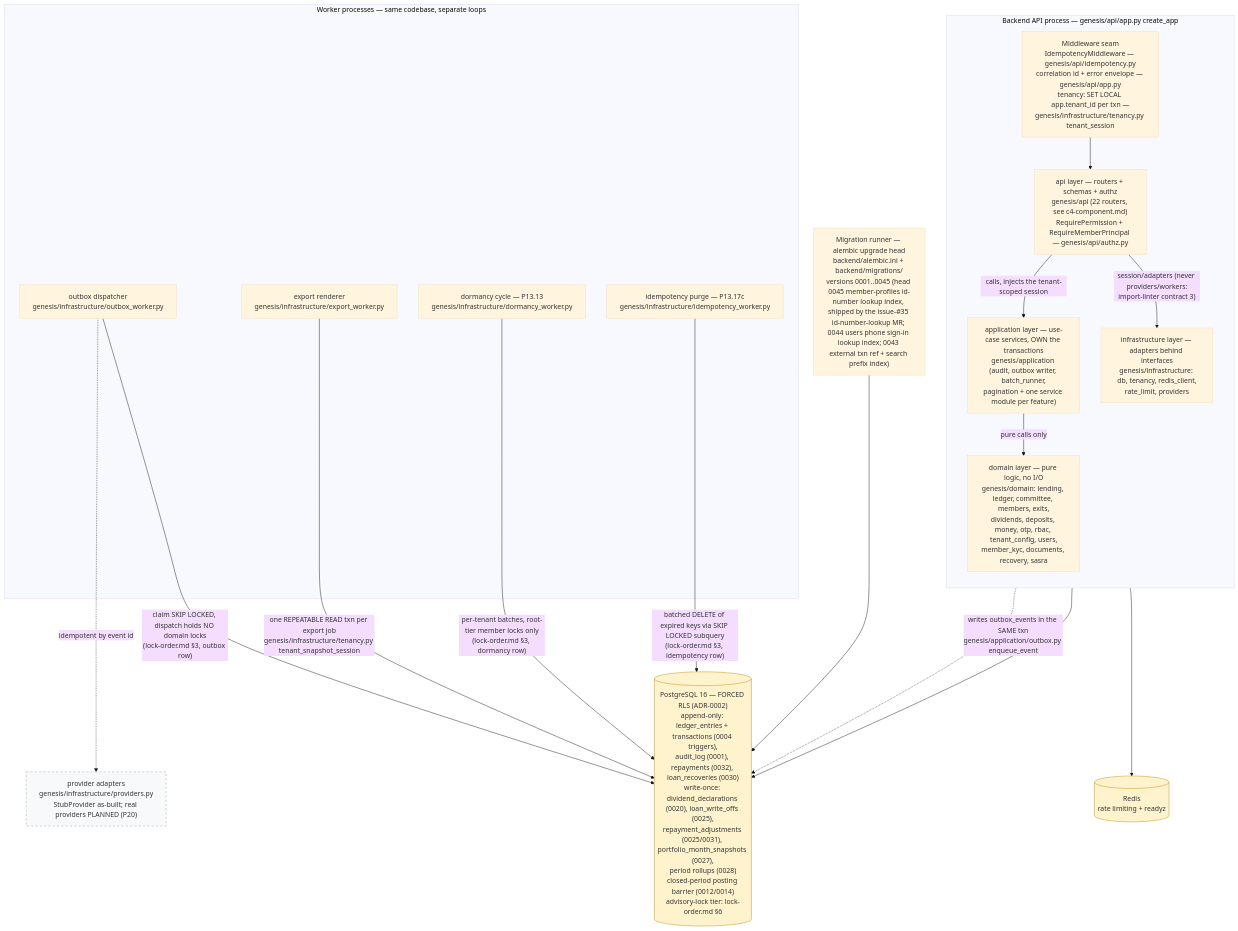
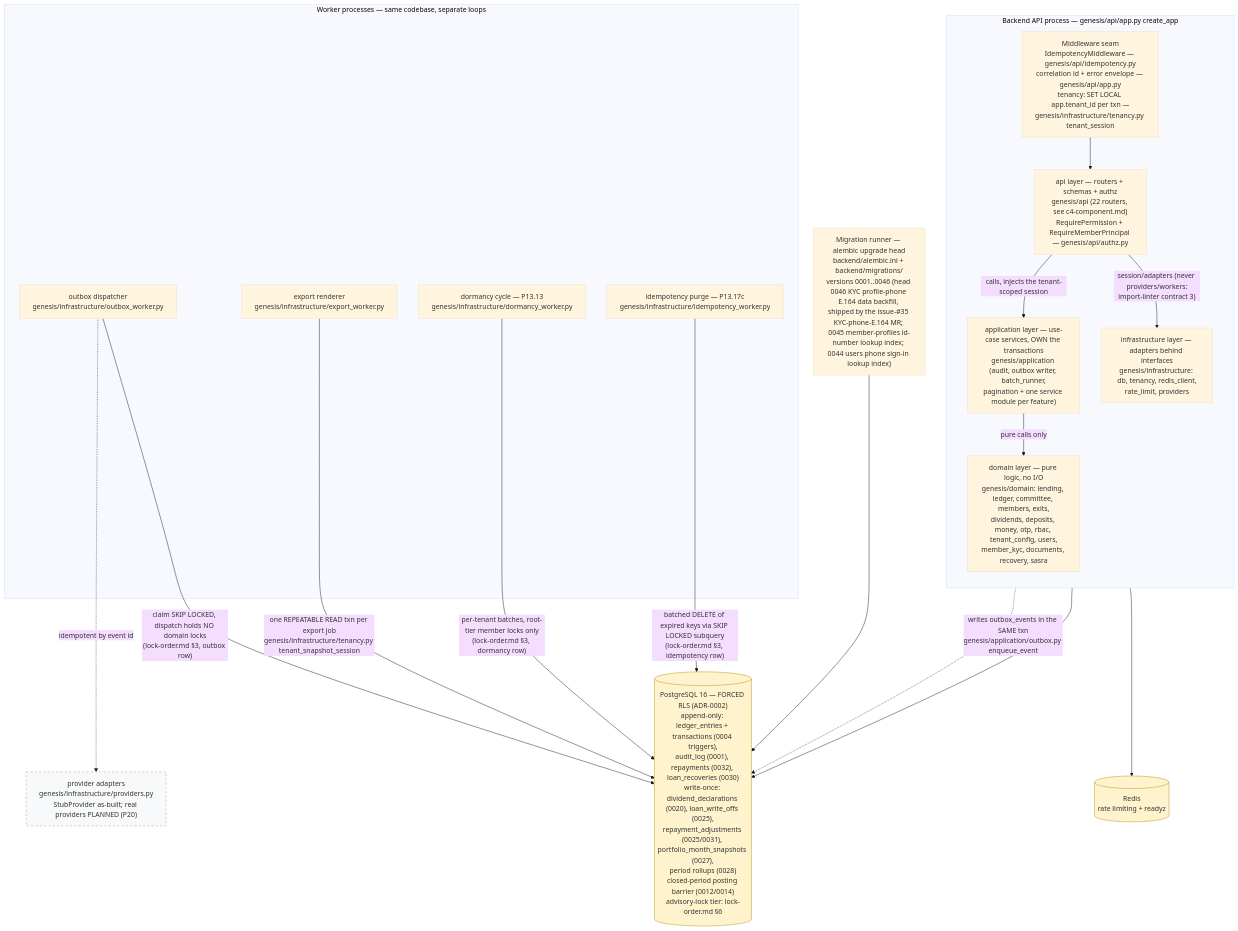
One commit to Benson-Kim/genesis-sacco-core changed the diagram in docs/diagrams/c4-container.md. Above: the diagram before and after it, drawn with Mermaid (base theme). The commit also changed other lines of this file and 5 other files, not shown here.

First line of the commit message:
feat: KYC profile phones normalize to E.164 with the 0046 data backfill

````diff
--- a/docs/diagrams/c4-container.md
+++ b/docs/diagrams/c4-container.md
@@ -76,45 +80,45 @@
 ```mermaid
 flowchart TB
     %% Authored against main @ 08541b860f1445b16c342c39b6606d86b9dbeb17
     %% L2 containers — layering per backend/pyproject.toml [tool.importlinter].
 
     subgraph BE["Backend API process — genesis/api/app.py create_app"]
         direction TB
         MW["Middleware seam<br/>IdempotencyMiddleware — genesis/api/idempotency.py<br/>correlation id + error envelope — genesis/api/app.py<br/>tenancy: SET LOCAL app.tenant_id per txn —<br/>genesis/infrastructure/tenancy.py tenant_session"]
         APIL["api layer — routers + schemas + authz<br/>genesis/api (22 routers, see c4-component.md)<br/>RequirePermission + RequireMemberPrincipal — genesis/api/authz.py"]
         APPL["application layer — use-case services, OWN the transactions<br/>genesis/application (audit, outbox writer, batch_runner,<br/>pagination + one service module per feature)"]
         DOM["domain layer — pure logic, no I/O<br/>genesis/domain: lending, ledger, committee, members, exits,<br/>dividends, deposits, money, otp, rbac, tenant_config, users,<br/>member_kyc, documents, recovery, sasra"]
         INF["infrastructure layer — adapters behind interfaces<br/>genesis/infrastructure: db, tenancy, redis_client,<br/>rate_limit, providers"]
         MW --> APIL
         APIL -->|"calls, injects the tenant-scoped session"| APPL
         APPL -->|"pure calls only"| DOM
         APIL -->|"session/adapters (never providers/workers:<br/>import-linter contract 3)"| INF
     end
 
     subgraph WK["Worker processes — same codebase, separate loops"]
         OBW["outbox dispatcher<br/>genesis/infrastructure/outbox_worker.py"]
         EXW["export renderer<br/>genesis/infrastructure/export_worker.py"]
         DMW["dormancy cycle — P13.13<br/>genesis/infrastructure/dormancy_worker.py"]
         IDW["idempotency purge — P13.17c<br/>genesis/infrastructure/idempotency_worker.py"]
     end
 
-    MIG["Migration runner — alembic upgrade head<br/>backend/alembic.ini + backend/migrations/<br/>versions 0001..0045 (head 0045 member-profiles id-number lookup index, shipped by the issue-#35 id-number-lookup MR; 0044 users phone sign-in lookup index; 0043 external txn ref + search prefix index)"]
+    MIG["Migration runner — alembic upgrade head<br/>backend/alembic.ini + backend/migrations/<br/>versions 0001..0046 (head 0046 KYC profile-phone E.164 data backfill, shipped by the issue-#35 KYC-phone-E.164 MR; 0045 member-profiles id-number lookup index; 0044 users phone sign-in lookup index)"]
 
     PG[("PostgreSQL 16 — FORCED RLS (ADR-0002)<br/>append-only: ledger_entries + transactions (0004 triggers),<br/>audit_log (0001), repayments (0032), loan_recoveries (0030)<br/>write-once: dividend_declarations (0020), loan_write_offs (0025),<br/>repayment_adjustments (0025/0031), portfolio_month_snapshots (0027),<br/>period rollups (0028)<br/>closed-period posting barrier (0012/0014)<br/>advisory-lock tier: lock-order.md §6")]
     RD[("Redis<br/>rate limiting + readyz")]
 
     APPL -.->|"writes outbox_events in the SAME txn<br/>genesis/application/outbox.py enqueue_event"| PG
     INF --> PG
     INF --> RD
     OBW -->|"claim SKIP LOCKED, dispatch holds NO domain locks<br/>(lock-order.md §3, outbox row)"| PG
     EXW -->|"one REPEATABLE READ txn per export job<br/>genesis/infrastructure/tenancy.py tenant_snapshot_session"| PG
     DMW -->|"per-tenant batches, root-tier member locks only<br/>(lock-order.md §3, dormancy row)"| PG
     IDW -->|"batched DELETE of expired keys via SKIP LOCKED subquery<br/>(lock-order.md §3, idempotency row)"| PG
     OBW -.->|"idempotent by event id"| PROV["provider adapters<br/>genesis/infrastructure/providers.py<br/>StubProvider as-built; real providers PLANNED (P20)"]
     MIG --> PG
 
     classDef store fill:#fff3cd,stroke:#b8860b;
     class PG,RD store;
     classDef planned fill:#f8f9fa,stroke:#999,stroke-dasharray: 5 5;
     class PROV planned;
 ```
````
